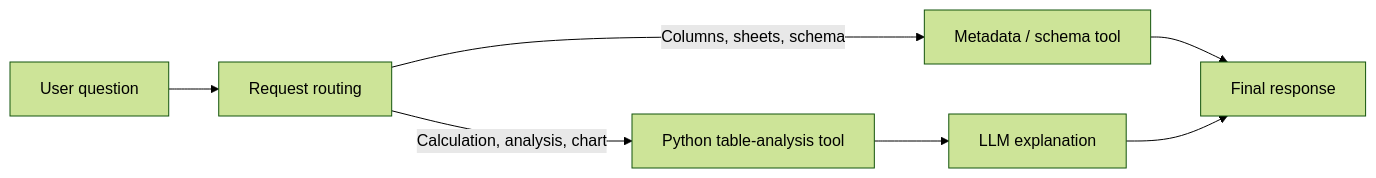
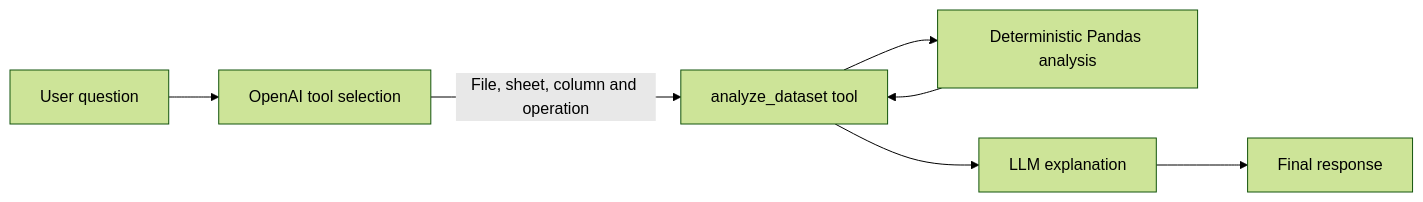
One commit to Nhb170405/Internal-AI-Chatbot changed the fifth of 5 diagrams in readme.md. Above: the diagram before and after it, drawn with Mermaid (forest theme). The commit also changed other lines of this file, not shown here.

````diff
--- a/readme.md
+++ b/readme.md
@@ -282,16 +289,16 @@
 ```mermaid
 flowchart LR
     Question["User question"]
-    Router["Request routing"]
-    Metadata["Metadata / schema tool"]
-    Python["Python table-analysis tool"]
-    LLM["LLM explanation"]
+    LLM["OpenAI tool selection"]
+    Tool["analyze_dataset tool"]
+    Python["Deterministic Pandas analysis"]
+    Explain["LLM explanation"]
     Result["Final response"]
 
-    Question --> Router
-    Router -->|Columns, sheets, schema| Metadata
-    Router -->|Calculation, analysis, chart| Python
-    Metadata --> Result
-    Python --> LLM
-    LLM --> Result
+    Question --> LLM
+    LLM -->|File, sheet, column and operation| Tool
+    Tool --> Python
+    Python --> Tool
+    Tool --> Explain
+    Explain --> Result
 ```
````
